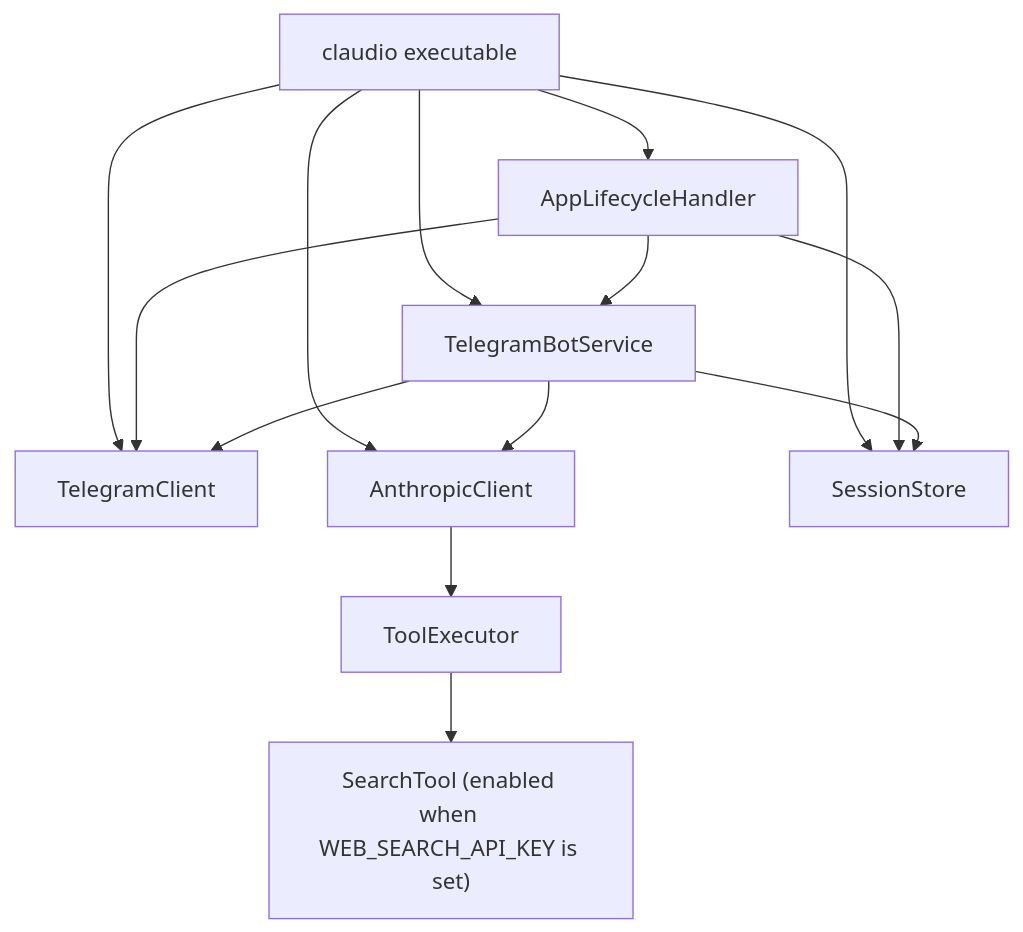
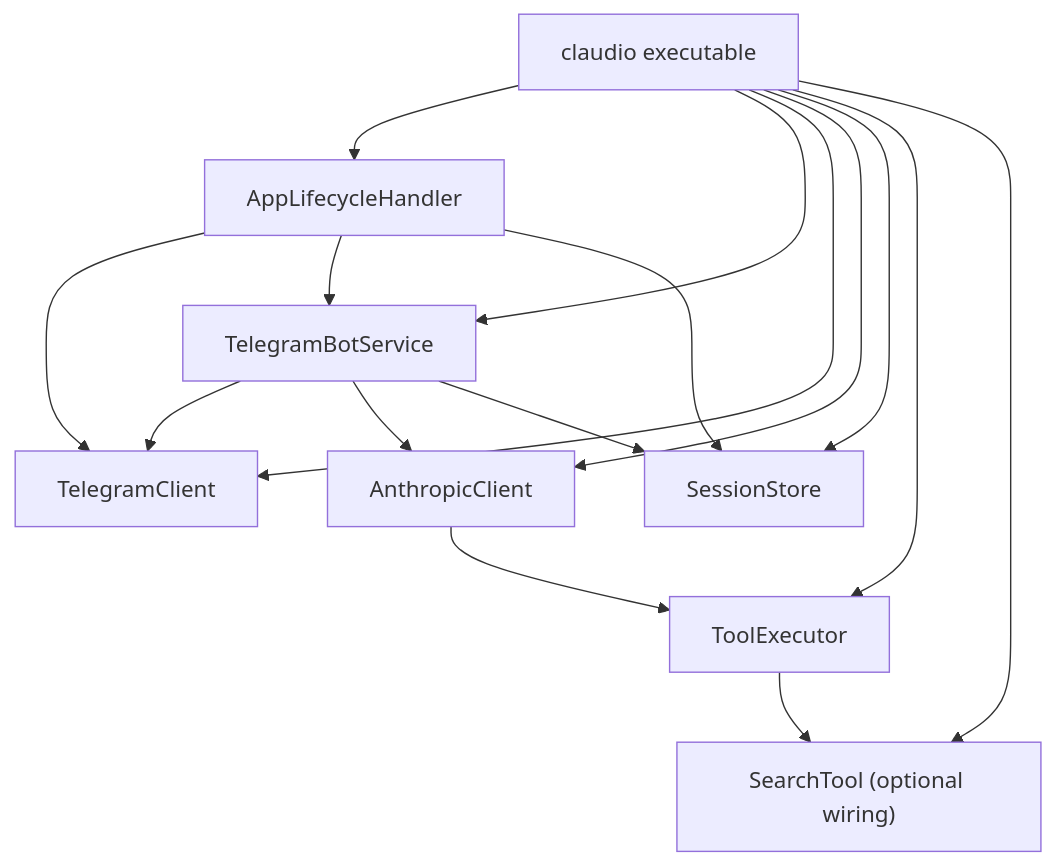
Before and after one commit to diegopetrucci/claudio: the diagram in .docs/architecture.md, drawn with Mermaid. The commit also changed other lines of this file and 4 other files, not shown here.

````diff
--- a/.docs/architecture.md
+++ b/.docs/architecture.md
@@ -107,19 +109,21 @@
 ```mermaid
 graph TD
     A["claudio executable"] --> B["AppLifecycleHandler"]
     A --> C["TelegramBotService"]
     A --> D["TelegramClient"]
     A --> E["AnthropicClient"]
     A --> F["SessionStore"]
+    A --> G["ToolExecutor"]
+    A --> H["SearchTool (optional wiring)"]
 
     B --> D
     B --> C
     B --> F
 
     C --> D
     C --> E
     C --> F
 
-    E --> G["ToolExecutor"]
-    G --> H["SearchTool (enabled when WEB_SEARCH_API_KEY is set)"]
+    E --> G
+    G --> H
 ```
````
